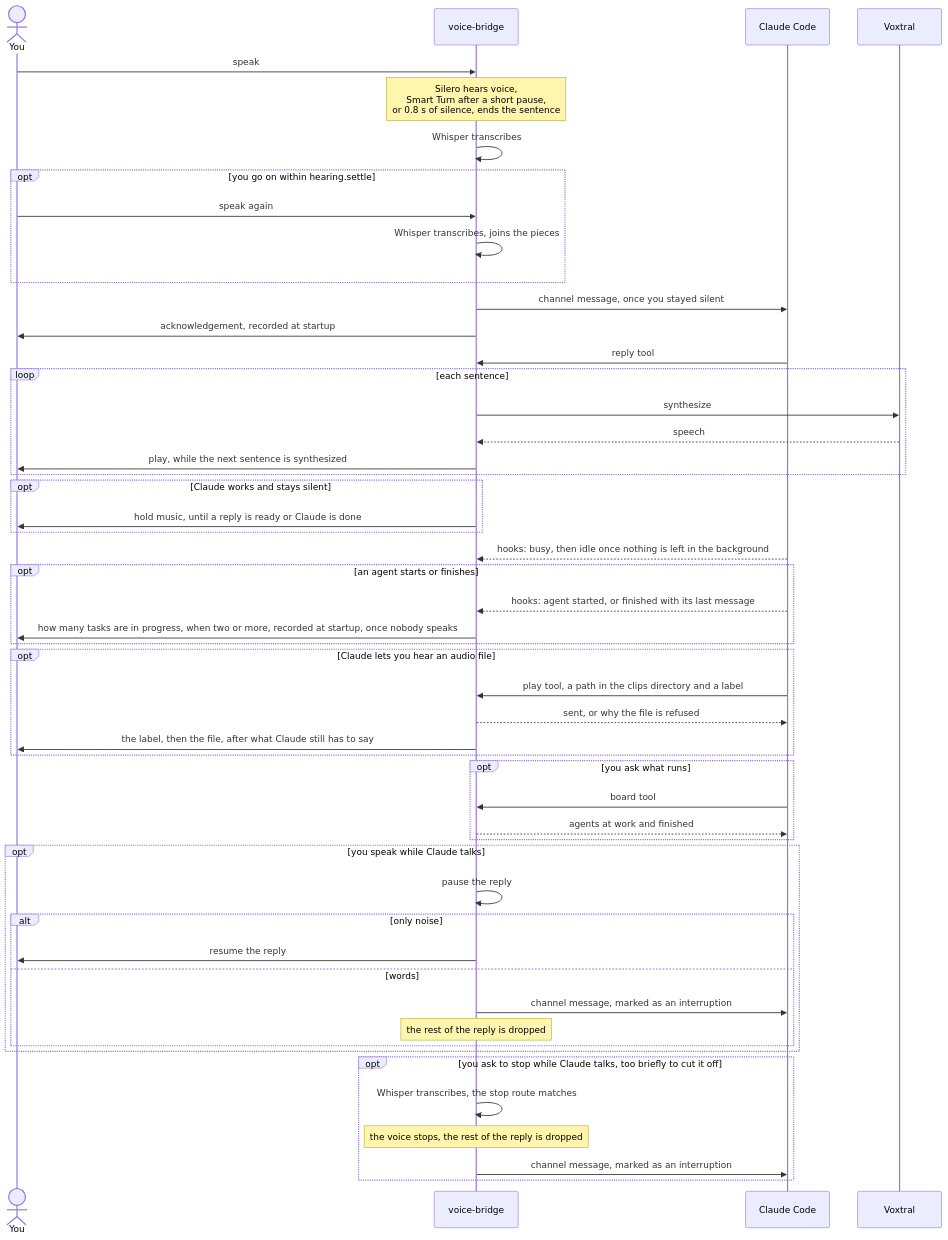
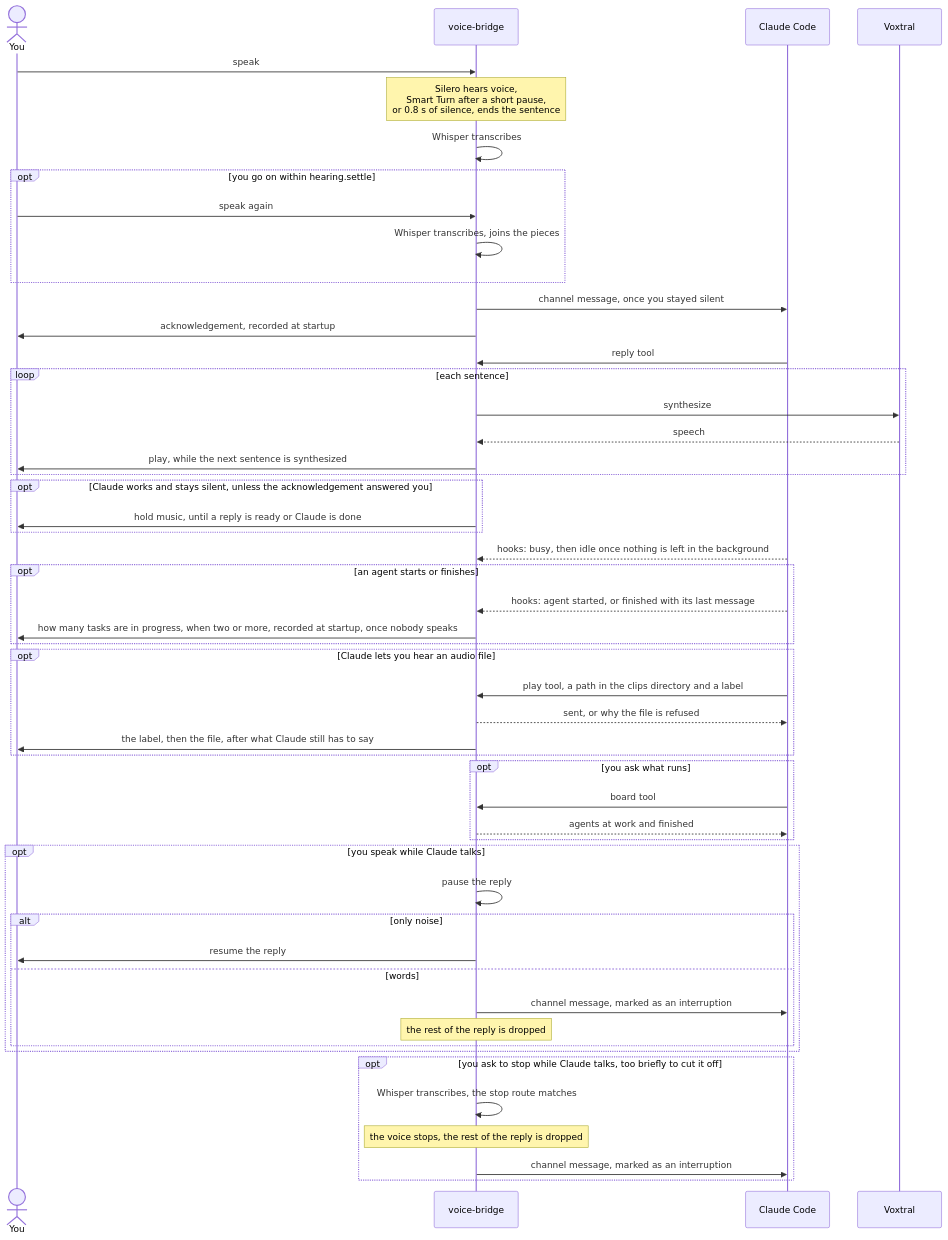
One commit to marc-gavanier/voice-bridge changed the second of 3 diagrams in README.md. Above: the diagram before and after it, drawn with Mermaid. The commit also changed other lines of this file and 2 other files, not shown here.

First line of the commit message:
docs: record that words the acknowledgement answers bring no hold music

````diff
--- a/README.md
+++ b/README.md
@@ -51,54 +51,54 @@
 ```mermaid
 sequenceDiagram
     actor you as You
     participant bridge as voice-bridge
     participant claude as Claude Code
     participant voxtral as Voxtral
 
     you->>bridge: speak
     Note over bridge: Silero hears voice,<br/>Smart Turn after a short pause,<br/>or 0.8 s of silence, ends the sentence
     bridge->>bridge: Whisper transcribes
     opt you go on within hearing.settle
         you->>bridge: speak again
         bridge->>bridge: Whisper transcribes, joins the pieces
     end
     bridge->>claude: channel message, once you stayed silent
     bridge->>you: acknowledgement, recorded at startup
     claude->>bridge: reply tool
     loop each sentence
         bridge->>voxtral: synthesize
         voxtral-->>bridge: speech
         bridge->>you: play, while the next sentence is synthesized
     end
-    opt Claude works and stays silent
+    opt Claude works and stays silent, unless the acknowledgement answered you
         bridge->>you: hold music, until a reply is ready or Claude is done
     end
     claude-->>bridge: hooks: busy, then idle once nothing is left in the background
     opt an agent starts or finishes
         claude-->>bridge: hooks: agent started, or finished with its last message
         bridge->>you: how many tasks are in progress, when two or more, recorded at startup, once nobody speaks
     end
     opt Claude lets you hear an audio file
         claude->>bridge: play tool, a path in the clips directory and a label
         bridge-->>claude: sent, or why the file is refused
         bridge->>you: the label, then the file, after what Claude still has to say
     end
     opt you ask what runs
         claude->>bridge: board tool
         bridge-->>claude: agents at work and finished
     end
     opt you speak while Claude talks
         bridge->>bridge: pause the reply
         alt only noise
             bridge->>you: resume the reply
         else words
             bridge->>claude: channel message, marked as an interruption
             Note over bridge: the rest of the reply is dropped
         end
     end
     opt you ask to stop while Claude talks, too briefly to cut it off
         bridge->>bridge: Whisper transcribes, the stop route matches
         Note over bridge: the voice stops, the rest of the reply is dropped
         bridge->>claude: channel message, marked as an interruption
     end
 ```
````
